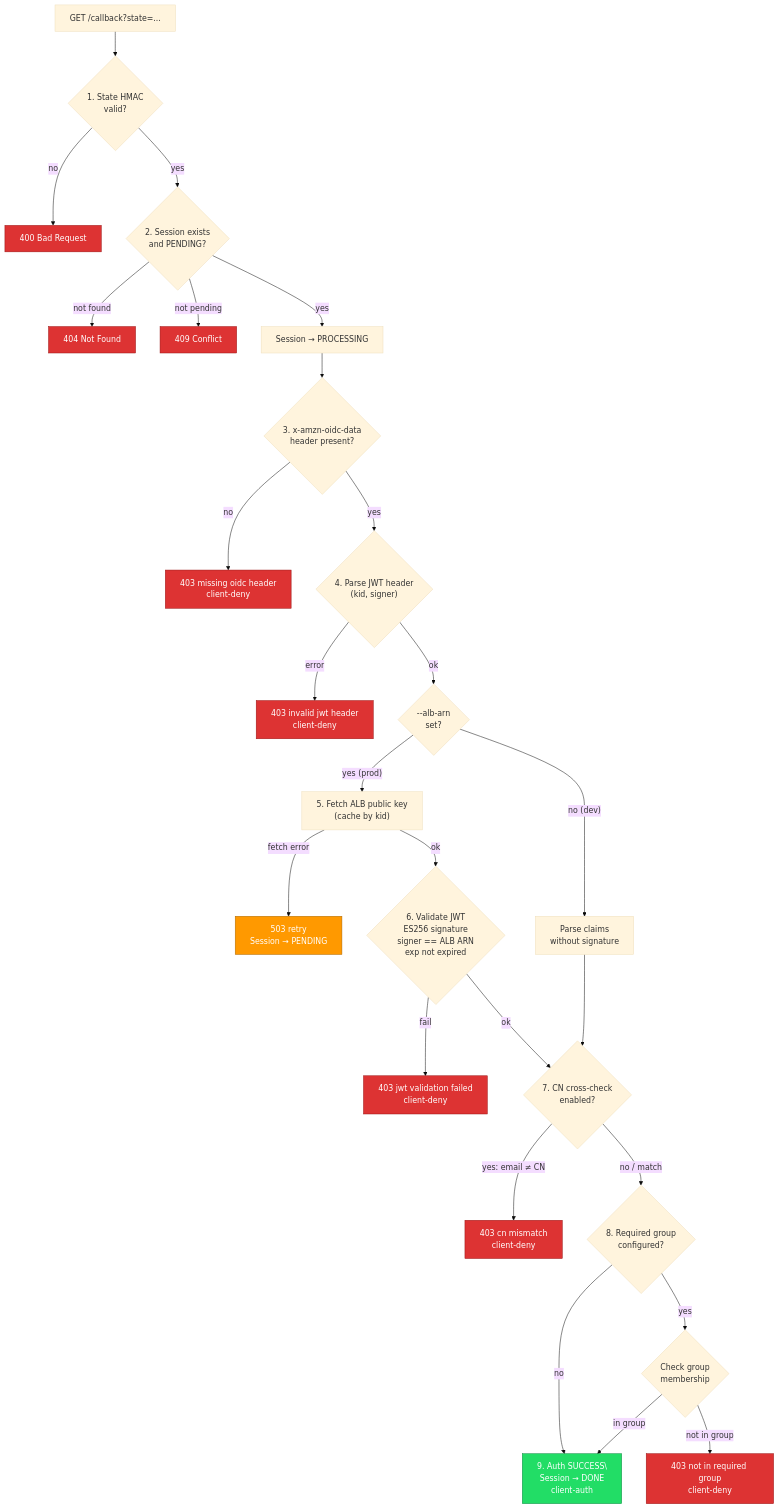
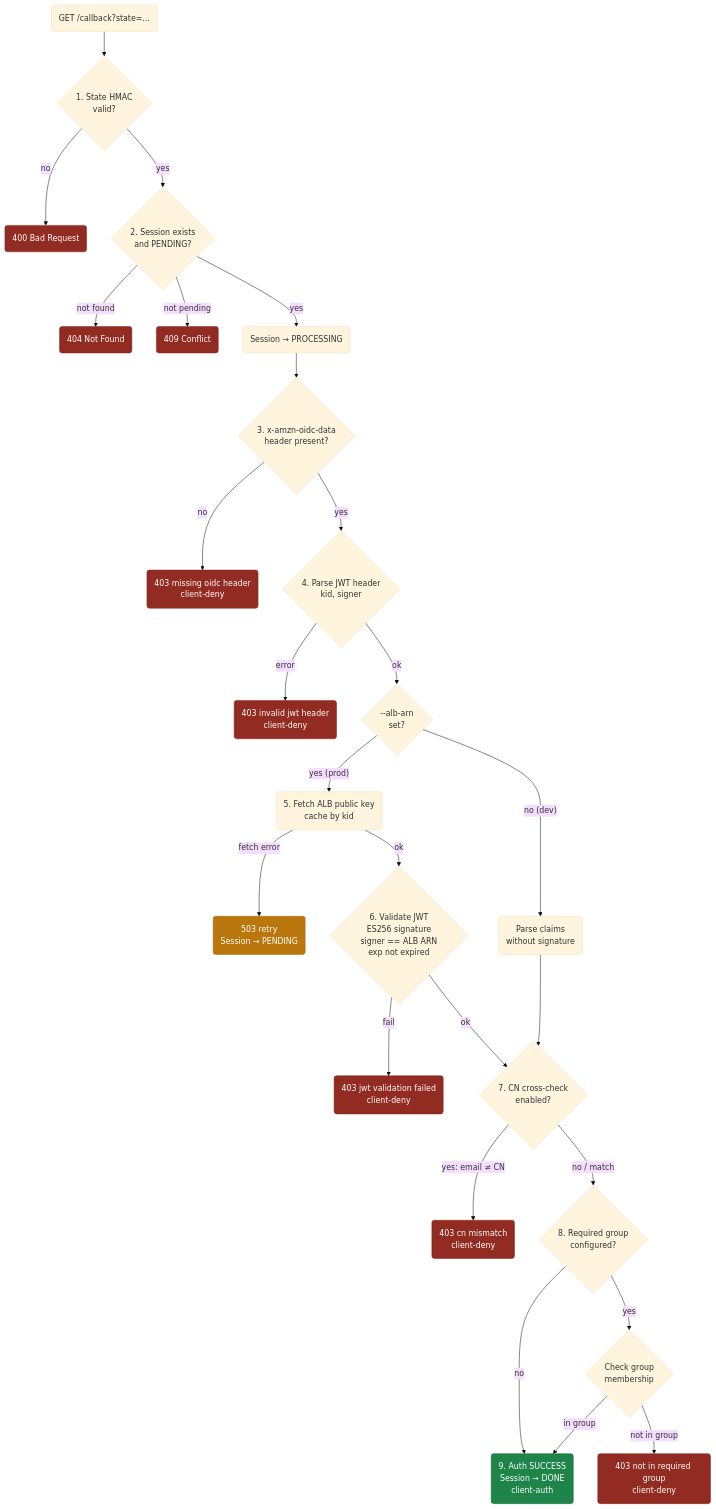
One commit to luk-kop/openvpn-auth-aws changed the fourth of 6 diagrams in docs/architecture.md. Above: the diagram before and after it, drawn with Mermaid (base theme). The commit also changed other lines of this file and 28 other files, not shown here.

````diff
--- a/docs/architecture.md
+++ b/docs/architecture.md
@@ -89,38 +137,38 @@
 ```mermaid
 flowchart TD
-    A["GET /callback?state=..."] --> B{"1. State HMAC</br>valid?"}
-    B -- no --> R1["400 Bad Request"]
+    A("GET /callback?state=...") --> B{"1. State HMAC</br>valid?"}
+    B -- no --> R1("400 Bad Request")
     B -- yes --> C{"2. Session exists</br>and PENDING?"}
-    C -- not found --> R2["404 Not Found"]
-    C -- not pending --> R3["409 Conflict"]
-    C -- yes --> D["Session → PROCESSING"]
+    C -- not found --> R2("404 Not Found")
+    C -- not pending --> R3("409 Conflict")
+    C -- yes --> D("Session → PROCESSING")
     D --> E{"3. x-amzn-oidc-data</br>header present?"}
-    E -- no --> R4["403 missing oidc header</br>client-deny"]
-    E -- yes --> F{"4. Parse JWT header</br>(kid, signer)"}
-    F -- error --> R5["403 invalid jwt header</br>client-deny"]
+    E -- no --> R4("403 missing oidc header</br>client-deny")
+    E -- yes --> F{"4. Parse JWT header</br>kid, signer"}
+    F -- error --> R5("403 invalid jwt header</br>client-deny")
     F -- ok --> G{"--alb-arn</br>set?"}
-    G -- "yes (prod)" --> H["5. Fetch ALB public key</br>(cache by kid)"]
-    H -- fetch error --> R6["503 retry</br>Session → PENDING"]
-    H -- ok --> I{"6. Validate JWT</br>ES256 signature</br>signer == ALB ARN\nexp not expired"}
-    I -- fail --> R7["403 jwt validation failed</br>client-deny"]
+    G -- "yes (prod)" --> H("5. Fetch ALB public key</br>cache by kid")
+    H -- fetch error --> R6("503 retry</br>Session → PENDING")
+    H -- ok --> I{"6. Validate JWT</br>ES256 signature</br>signer == ALB ARN</br>exp not expired"}
+    I -- fail --> R7("403 jwt validation failed</br>client-deny")
     I -- ok --> J{"7. CN cross-check</br>enabled?"}
-    G -- "no (dev)" --> P["Parse claims</br>without signature"]
+    G -- "no (dev)" --> P("Parse claims</br>without signature")
     P --> J
-    J -- "yes: email ≠ CN" --> R8["403 cn mismatch</br>client-deny"]
+    J -- "yes: email ≠ CN" --> R8("403 cn mismatch</br>client-deny")
     J -- "no / match" --> K{"8. Required group</br>configured?"}
-    K -- no --> L["9. Auth SUCCESS\</br>Session → DONE</br>client-auth"]
+    K -- no --> L("9. Auth SUCCESS</br>Session → DONE</br>client-auth")
     K -- yes --> M{"Check group</br>membership"}
-    M -- "not in group" --> R9["403 not in required group</br>client-deny"]
+    M -- "not in group" --> R9("403 not in required group</br>client-deny")
     M -- "in group" --> L
 
-    style L fill:#2d6,stroke:#184,color:#fff
-    style R1 fill:#d33,stroke:#911,color:#fff
-    style R2 fill:#d33,stroke:#911,color:#fff
-    style R3 fill:#d33,stroke:#911,color:#fff
-    style R4 fill:#d33,stroke:#911,color:#fff
-    style R5 fill:#d33,stroke:#911,color:#fff
-    style R6 fill:#f90,stroke:#a60,color:#fff
-    style R7 fill:#d33,stroke:#911,color:#fff
-    style R8 fill:#d33,stroke:#911,color:#fff
-    style R9 fill:#d33,stroke:#911,color:#fff
+    style L fill:#1e8449,stroke:#186a3b,color:#fff
+    style R1 fill:#922b21,stroke:#7b241c,color:#fff
+    style R2 fill:#922b21,stroke:#7b241c,color:#fff
+    style R3 fill:#922b21,stroke:#7b241c,color:#fff
+    style R4 fill:#922b21,stroke:#7b241c,color:#fff
+    style R5 fill:#922b21,stroke:#7b241c,color:#fff
+    style R6 fill:#b9770e,stroke:#9c640c,color:#fff
+    style R7 fill:#922b21,stroke:#7b241c,color:#fff
+    style R8 fill:#922b21,stroke:#7b241c,color:#fff
+    style R9 fill:#922b21,stroke:#7b241c,color:#fff
 ```
````
